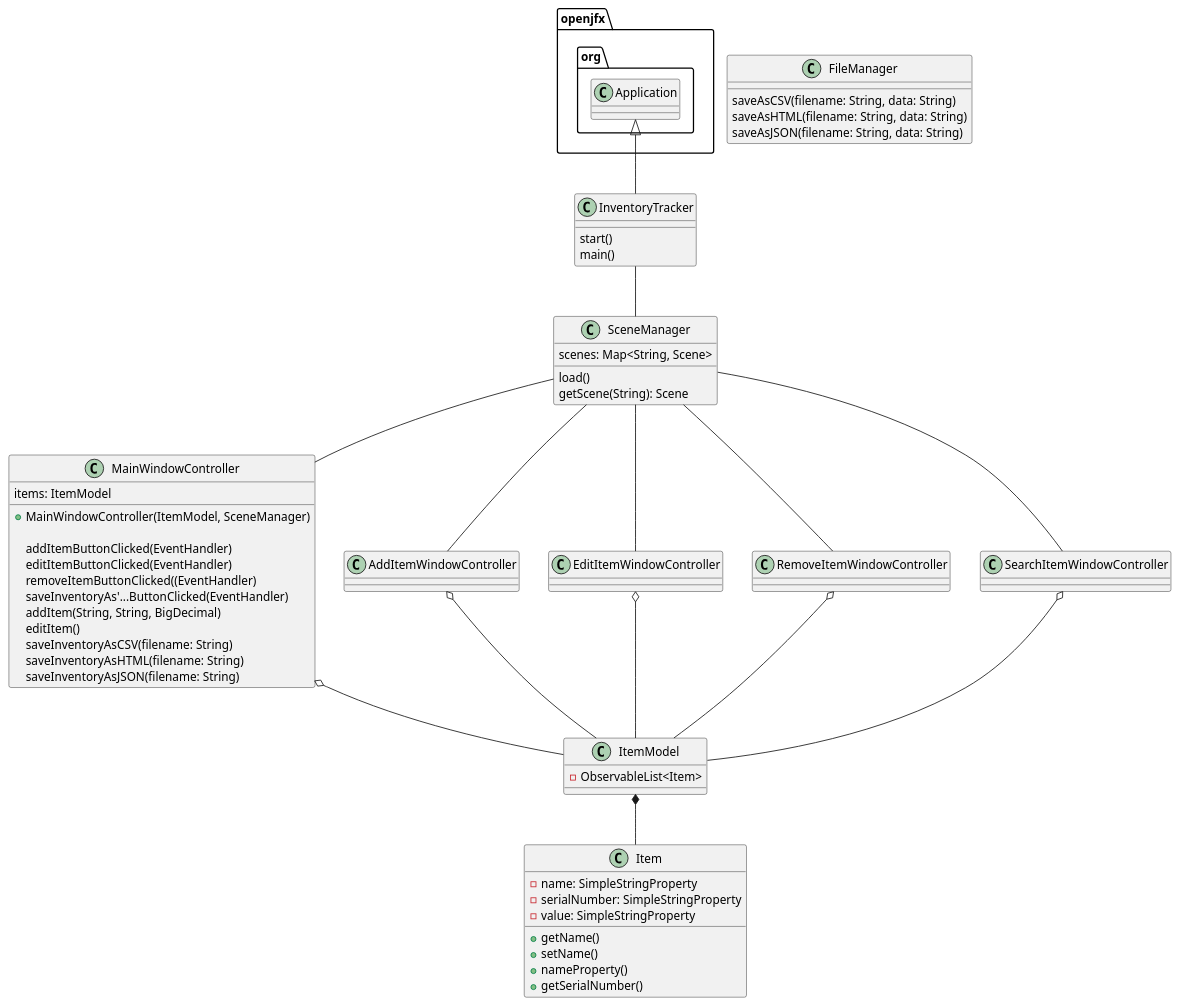
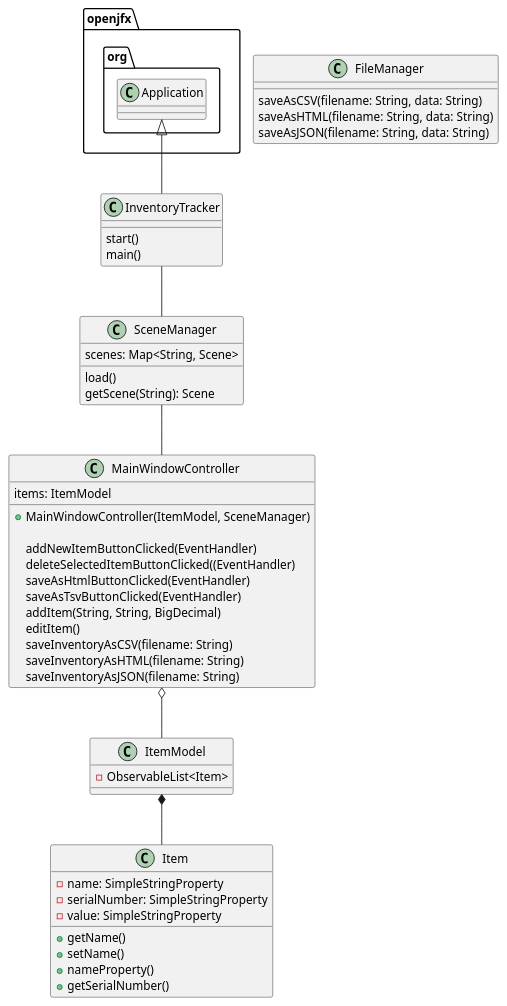
The diagram in uml/exercise56.puml (cepedaj0601/cepeda-0736-a5), drawn with PlantUML before and after one commit. The commit also changed 4 other files, not shown here.

Commit message:
Modified fxml, code, and uml Commit

```diff
--- a/uml/exercise56.puml
+++ b/uml/exercise56.puml
@@ -1,81 +1,61 @@
 @startuml
 
 class InventoryTracker {
     start()
     main()
 }
 
 class SceneManager {
     scenes: Map<String, Scene>
 
     load()
     getScene(String): Scene
 }
 
 class MainWindowController {
     items: ItemModel
 
     + MainWindowController(ItemModel, SceneManager)
 
-    addItemButtonClicked(EventHandler)
-    editItemButtonClicked(EventHandler)
-    removeItemButtonClicked((EventHandler)
-    saveInventoryAs'...ButtonClicked(EventHandler)
+    addNewItemButtonClicked(EventHandler)
+    deleteSelectedItemButtonClicked((EventHandler)
+    saveAsHtmlButtonClicked(EventHandler)
+    saveAsTsvButtonClicked(EventHandler)
 
 
     addItem(String, String, BigDecimal)
     editItem()
     saveInventoryAsCSV(filename: String)
     saveInventoryAsHTML(filename: String)
     saveInventoryAsJSON(filename: String)
-}
-
-class AddItemWindowController {
-}
-
-class EditItemWindowController {
-}
-
-class RemoveItemWindowController {
-}
-
-class SearchItemWindowController {
 }
 
 class ItemModel {
     - ObservableList<Item>
 }
 
 class Item {
     - name: SimpleStringProperty
     - serialNumber: SimpleStringProperty
     - value: SimpleStringProperty
 
     + getName()
     + setName()
     + nameProperty()
     + getSerialNumber()
     '...
 }
 
 class FileManager {
     saveAsCSV(filename: String, data: String)
     saveAsHTML(filename: String, data: String)
     saveAsJSON(filename: String, data: String)
 }
 
 openjfx.org.Application <|-- InventoryTracker
 InventoryTracker -- SceneManager
 SceneManager -- MainWindowController
-SceneManager -- AddItemWindowController
-SceneManager -- EditItemWindowController
-SceneManager -- RemoveItemWindowController
-SceneManager -- SearchItemWindowController
 MainWindowController o-- ItemModel
-AddItemWindowController o-- ItemModel
-EditItemWindowController o-- ItemModel
-RemoveItemWindowController o-- ItemModel
-SearchItemWindowController o-- ItemModel
 ItemModel *-- Item
 
 @enduml
```
